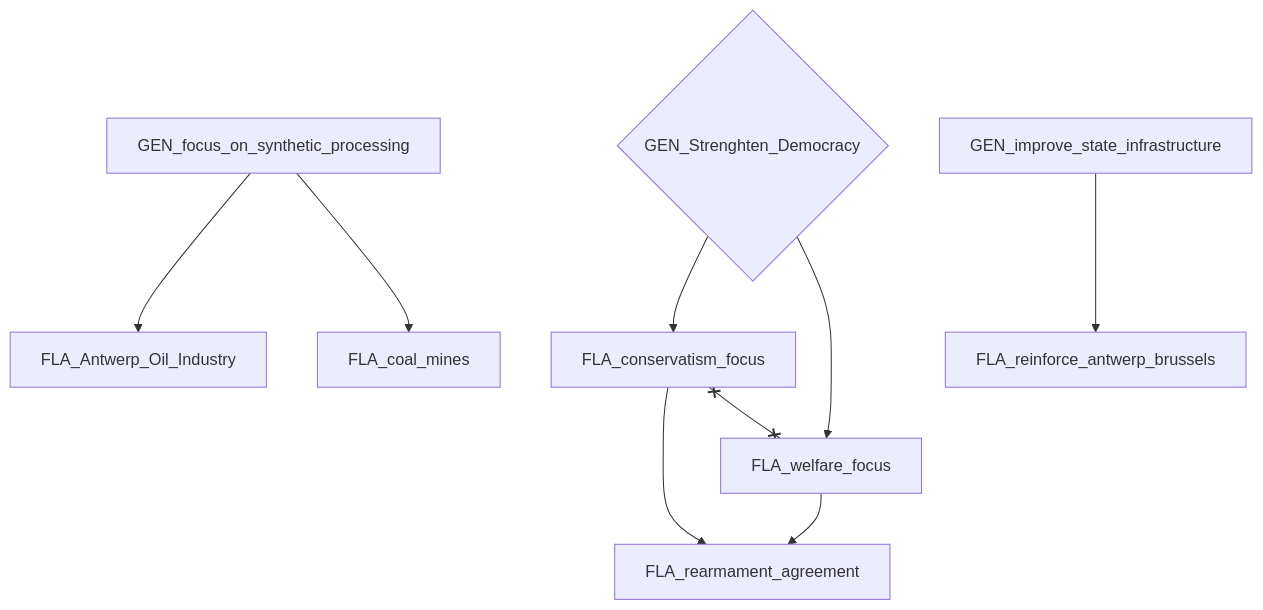
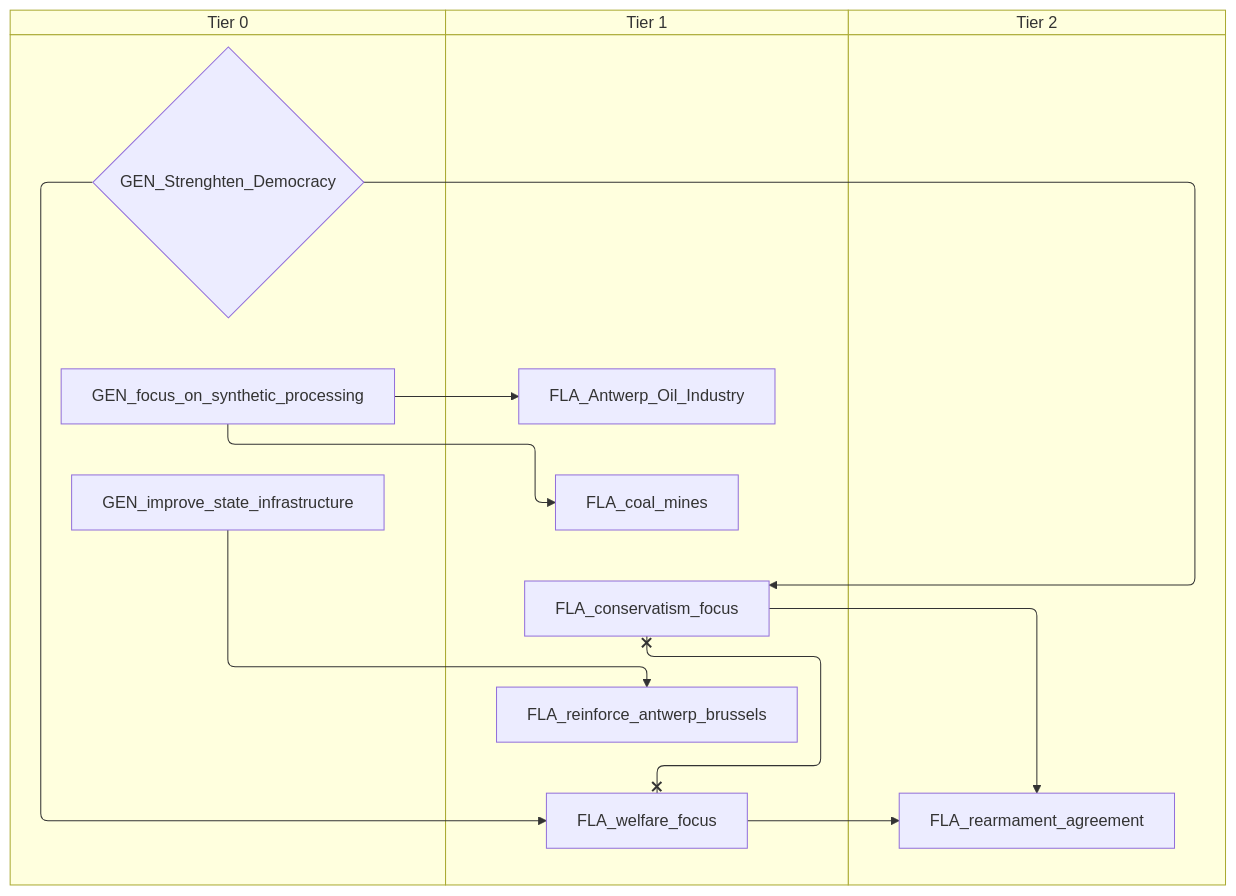
One commit to evgeny-sobol/hoi4-sandbox-mode-r56 changed the diagram in docs/gdd/National Focuses/flanders.md. Above: the diagram before and after it, drawn with Mermaid. The commit also changed 423 other files, not shown here.

First line of the commit message:
Re-export Rt56 focus trees as swimlane diagrams

````diff
--- a/docs/gdd/National Focuses/flanders.md
+++ b/docs/gdd/National Focuses/flanders.md
@@ -3,20 +3,26 @@
 ```mermaid
-flowchart TD
-    n1["FLA_Antwerp_Oil_Industry"]
-    n2["FLA_coal_mines"]
-    n3["FLA_conservatism_focus"]
-    n4["FLA_rearmament_agreement"]
-    n5["FLA_reinforce_antwerp_brussels"]
-    n6["FLA_welfare_focus"]
-    n7{"GEN_Strenghten_Democracy"}
-    n8["GEN_focus_on_synthetic_processing"]
-    n9["GEN_improve_state_infrastructure"]
-    n8 --> n1
-    n8 --> n2
-    n7 --> n3
-    n6 --> n4
-    n3 --> n4
-    n9 --> n5
-    n7 --> n6
-    n3 x--x n6
+swimlane-beta TD
+    subgraph tier_0["Tier 0"]
+        n1{"GEN_Strenghten_Democracy"}
+        n2["GEN_focus_on_synthetic_processing"]
+        n3["GEN_improve_state_infrastructure"]
+    end
+    subgraph tier_1["Tier 1"]
+        n4["FLA_Antwerp_Oil_Industry"]
+        n5["FLA_coal_mines"]
+        n6["FLA_conservatism_focus"]
+        n7["FLA_reinforce_antwerp_brussels"]
+        n8["FLA_welfare_focus"]
+    end
+    subgraph tier_2["Tier 2"]
+        n9["FLA_rearmament_agreement"]
+    end
+    n2 --> n4
+    n2 --> n5
+    n1 --> n6
+    n8 --> n9
+    n6 --> n9
+    n3 --> n7
+    n1 --> n8
+    n6 x--x n8
 ```
````
